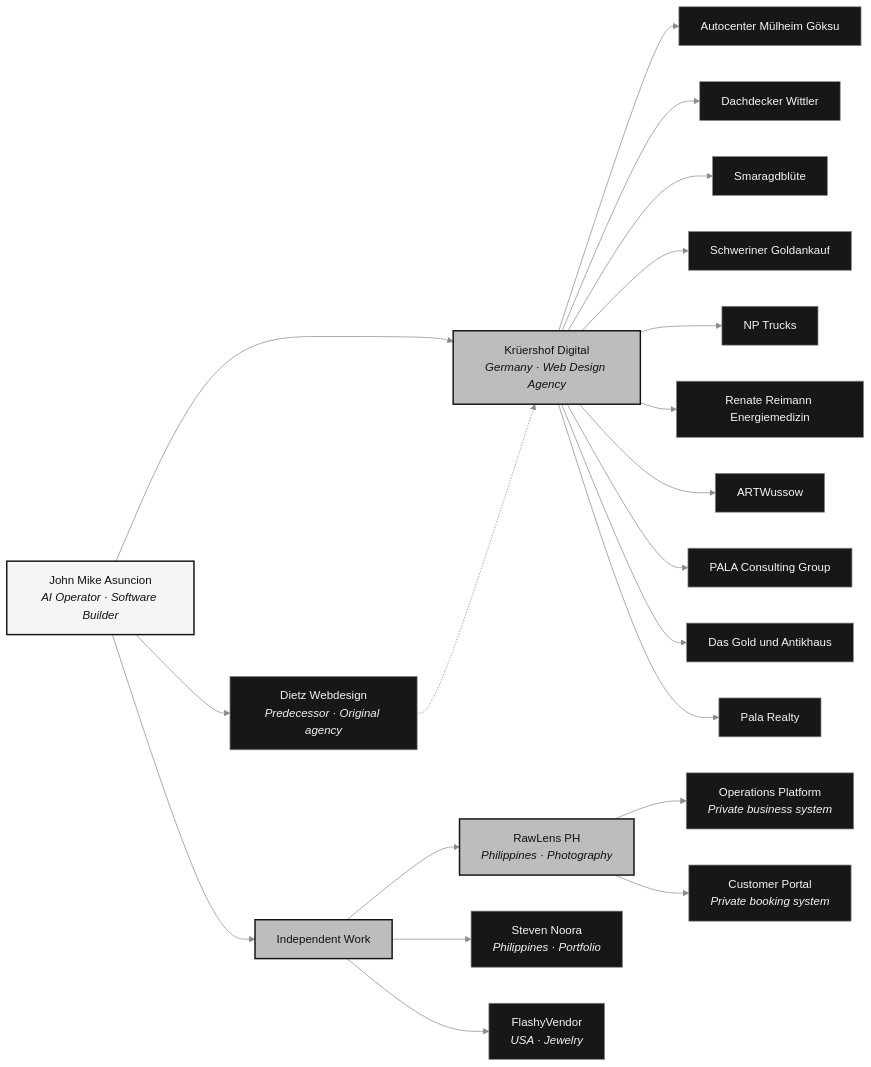
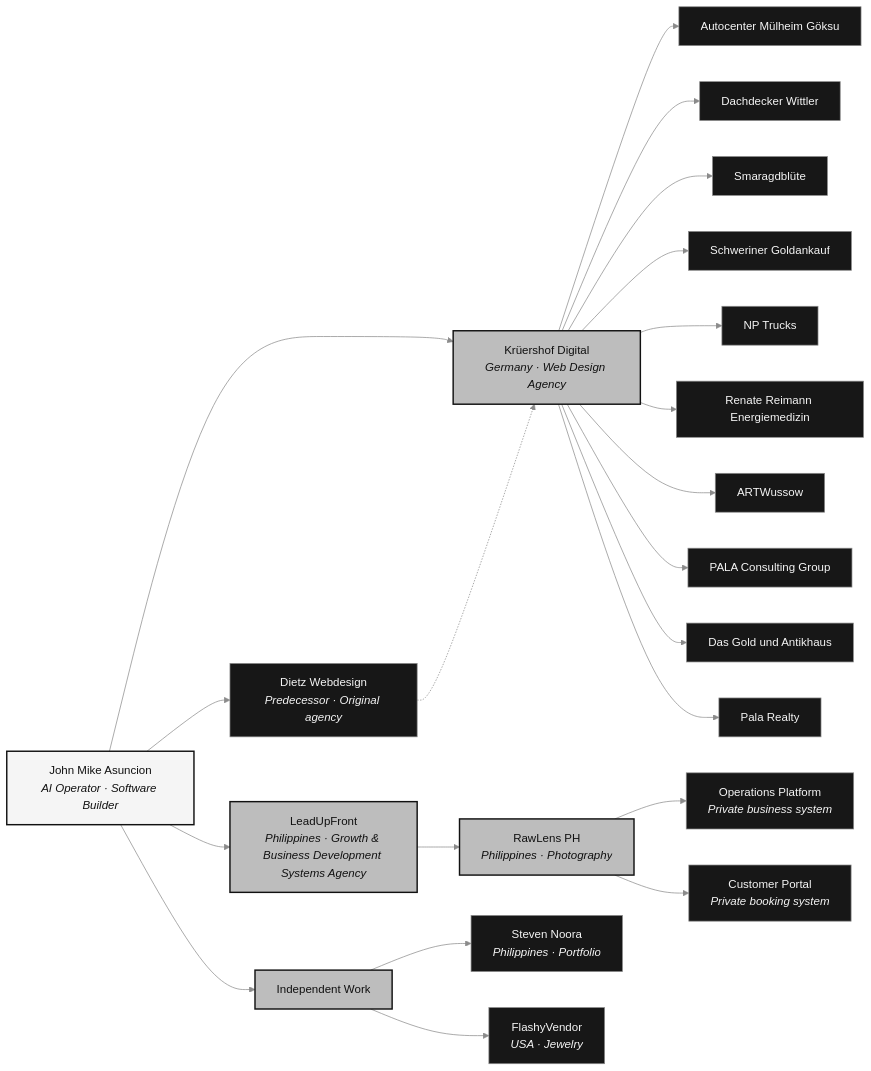
One commit to mikeascendx/mikeascendx changed the diagram in README.md. Above: the diagram before and after it, drawn with Mermaid. The commit also changed other lines of this file, not shown here.

Commit message:
docs(profile): refine project hierarchy

````diff
--- a/README.md
+++ b/README.md
@@ -38,38 +36,40 @@
 ```mermaid
 flowchart LR
     john["John Mike Asuncion<br/><i>AI Operator · Software Builder</i>"]
     kruershof["Krüershof Digital<br/><i>Germany · Web Design Agency</i>"]
+    leadupfront["LeadUpFront<br/><i>Philippines · Growth & Business Development Systems Agency</i>"]
     independent["Independent Work"]
     rawlens["RawLens PH<br/><i>Philippines · Photography</i>"]
     dietz["Dietz Webdesign<br/><i>Predecessor · Original agency</i>"]
 
     john --> kruershof
+    john --> leadupfront
     john --> independent
     john --> dietz
     dietz -.-> kruershof
 
     kruershof --> autocenter["Autocenter Mülheim Göksu"]
     kruershof --> dachdecker["Dachdecker Wittler"]
     kruershof --> smaragd["Smaragdblüte"]
     kruershof --> schweriner["Schweriner Goldankauf"]
     kruershof --> nptrucks["NP Trucks"]
     kruershof --> renate["Renate Reimann Energiemedizin"]
     kruershof --> artwussow["ARTWussow"]
     kruershof --> pala["PALA Consulting Group"]
     kruershof --> goldantik["Das Gold und Antikhaus"]
     kruershof --> realty["Pala Realty"]
 
-    independent --> rawlens
+    leadupfront --> rawlens
     independent --> steven["Steven Noora<br/><i>Philippines · Portfolio</i>"]
     independent --> flashy["FlashyVendor<br/><i>USA · Jewelry</i>"]
     rawlens --> operations["Operations Platform<br/><i>Private business system</i>"]
     rawlens --> portal["Customer Portal<br/><i>Private booking system</i>"]
 
     classDef root fill:#f5f5f5,stroke:#111111,color:#111111,stroke-width:2px
     classDef branch fill:#bdbdbd,stroke:#111111,color:#111111,stroke-width:2px
     classDef project fill:#171717,stroke:#8b8b8b,color:#f5f5f5
     class john root
-    class kruershof,independent,rawlens branch
+    class kruershof,leadupfront,independent,rawlens branch
     class dietz,autocenter,dachdecker,smaragd,schweriner,nptrucks,renate,artwussow,pala,goldantik,realty,steven,flashy,operations,portal project
     linkStyle default stroke:#8b8b8b
 ```
````
